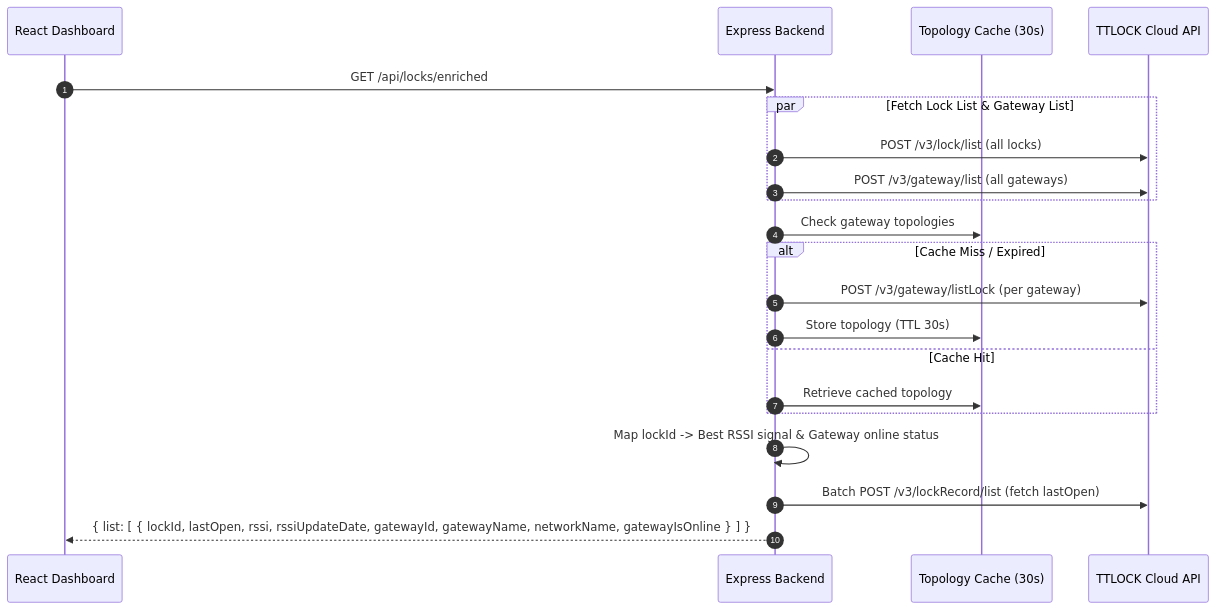
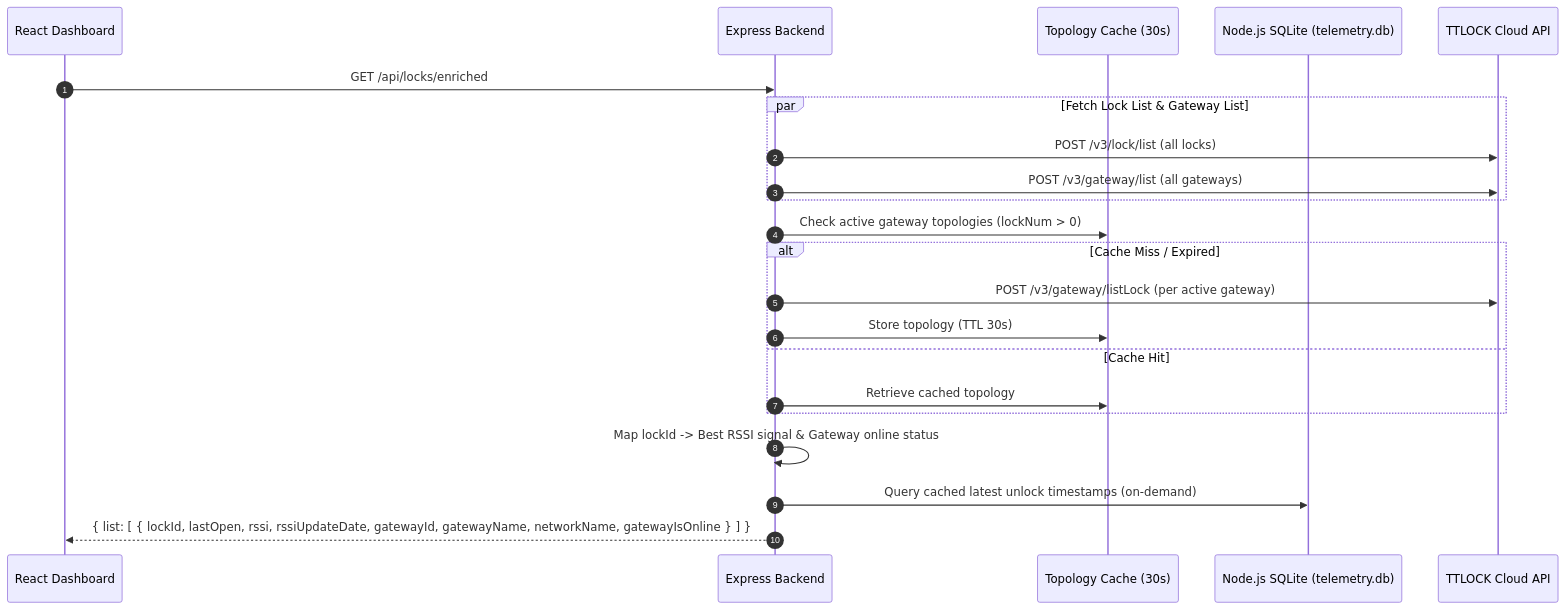
The fourth of 11 diagrams in docs/ARCHITECTURE.md (helmipradita/ttlock-dashboard), drawn with Mermaid before and after one commit. The commit also changed other lines of this file and 42 other files, not shown here.

````diff
--- a/docs/ARCHITECTURE.md
+++ b/docs/ARCHITECTURE.md
@@ -105,24 +105,25 @@
 ```mermaid
 sequenceDiagram
     autonumber
     participant Client as React Dashboard
     participant Backend as Express Backend
     participant Cache as Topology Cache (30s)
+    participant SQLite as Node.js SQLite (telemetry.db)
     participant TTLock as TTLOCK Cloud API
 
     Client->>Backend: GET /api/locks/enriched
     par Fetch Lock List & Gateway List
         Backend->>TTLock: POST /v3/lock/list (all locks)
         Backend->>TTLock: POST /v3/gateway/list (all gateways)
     end
-    Backend->>Cache: Check gateway topologies
+    Backend->>Cache: Check active gateway topologies (lockNum > 0)
     alt Cache Miss / Expired
-        Backend->>TTLock: POST /v3/gateway/listLock (per gateway)
+        Backend->>TTLock: POST /v3/gateway/listLock (per active gateway)
         Backend->>Cache: Store topology (TTL 30s)
     else Cache Hit
         Backend->>Cache: Retrieve cached topology
     end
     Backend->>Backend: Map lockId -> Best RSSI signal & Gateway online status
-    Backend->>TTLock: Batch POST /v3/lockRecord/list (fetch lastOpen)
+    Backend->>SQLite: Query cached latest unlock timestamps (on-demand)
     Backend-->>Client: { list: [ { lockId, lastOpen, rssi, rssiUpdateDate, gatewayId, gatewayName, networkName, gatewayIsOnline } ] }
 ```
````
